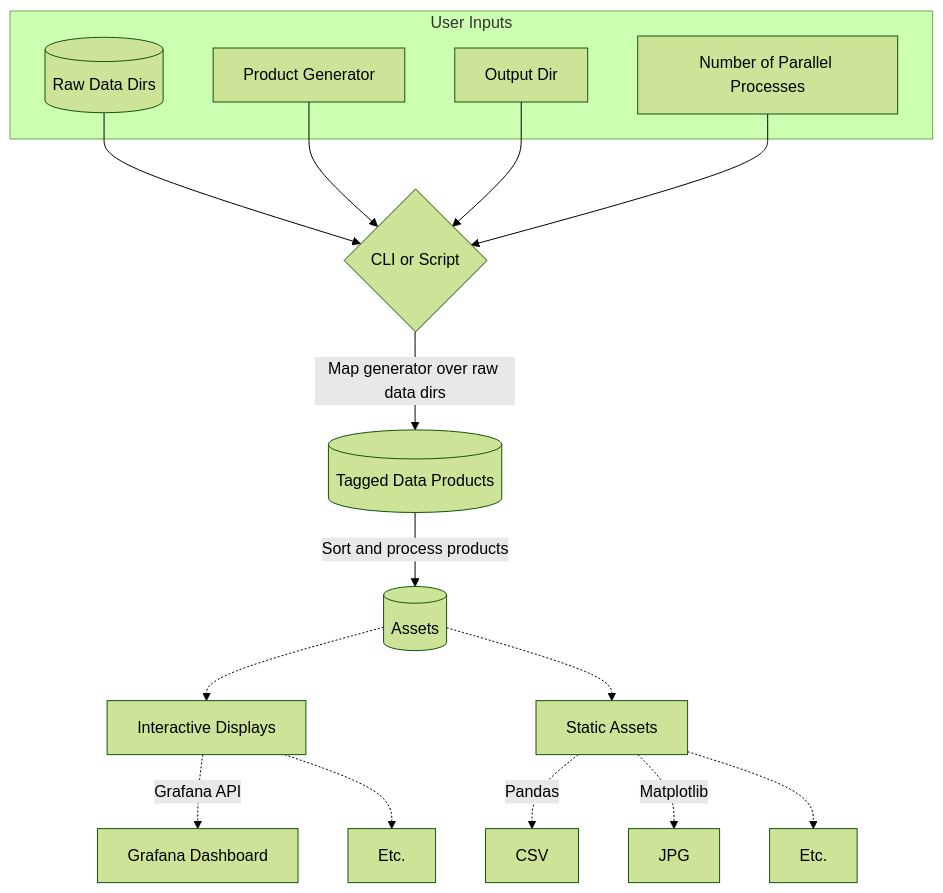
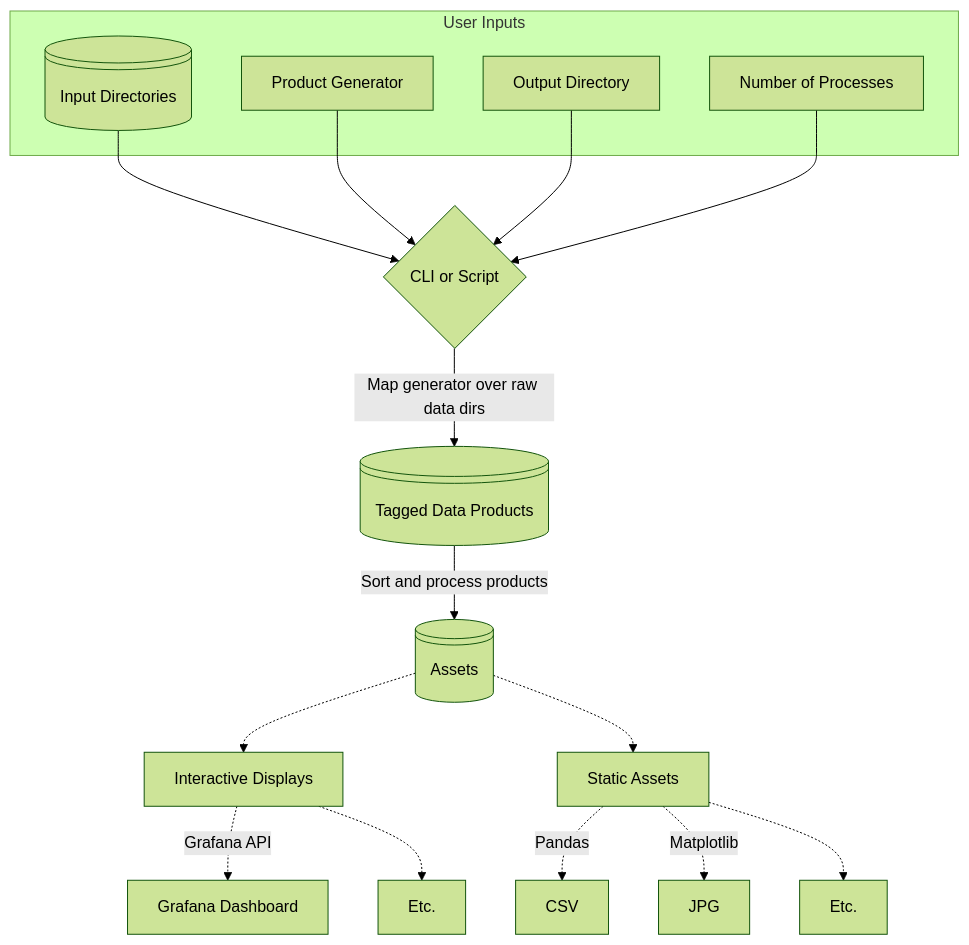
Before and after one commit to TalbotKnighton/trendify: the diagram in docs/index.md, drawn with Mermaid (forest theme). The commit also changed other lines of this file and 24 other files, not shown here.

````diff
--- a/docs/index.md
+++ b/docs/index.md
@@ -9,22 +9,22 @@
 ``` mermaid
 graph TD
   subgraph "User Inputs"  
-   A[(Raw Data Dirs)];
+   A[(Input Directories)]@{ shape: lin-cyl };
    AA[Product Generator];
-   AAA[Output Dir];
-   AAAA[Number of Parallel Processes]
+   AAA[Output Directory];
+   AAAA[Number of Processes]
   end
-  A --> B{CLI or Script};
+  A --> B[CLI or Script]@{ shape: diamond};
   AA --> B;
   AAA --> B;
   AAAA --> B;
-  B --> |Map generator over raw data dirs| CCC[(Tagged Data Products)];
-  CCC --> |Sort and process products| CC[(Assets)];
+  B --> |Map generator over raw data dirs| CCC[(Tagged Data Products)]@{shape: lin-cyl};
+  CCC --> |Sort and process products| CC[(Assets)]@{shape: lin-cyl};
   CC -.-> H[Interactive Displays];
   H -.-> |Grafana API| I[Grafana Dashboard];
   H -.-> K[Etc.];
   CC -.-> D[Static Assets];
   D -.-> |Pandas| E[CSV];
   D -.-> |Matplotlib| F[JPG];
   D -.-> G[Etc.];
 ```
````
